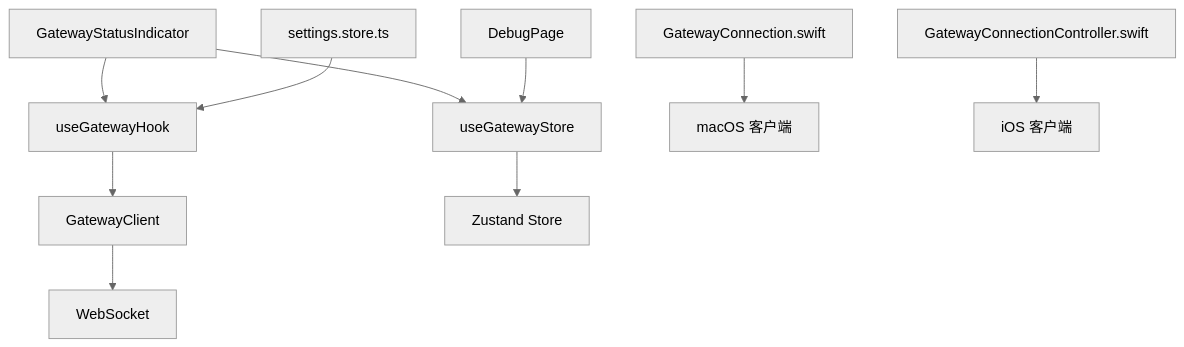
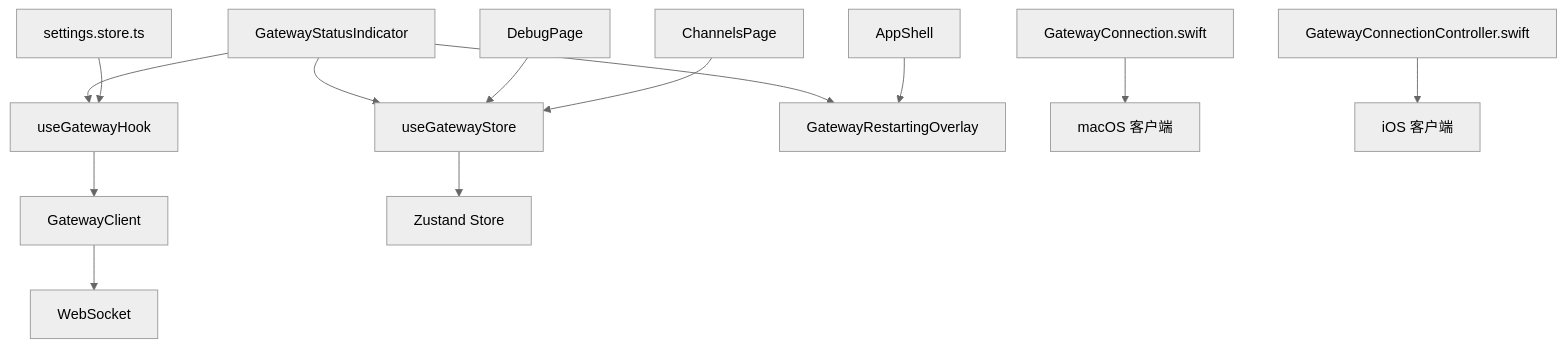
One commit to verse-ai-org/openclaw changed the seventh of 8 diagrams in .qoder/repowiki/zh/content/Web界面/UI组件系统/网关状态指示器.md. Above: the diagram before and after it, drawn with Mermaid (neutral theme). The commit also changed other lines of this file and 19 other files, not shown here.

````diff
--- a/.qoder/repowiki/zh/content/Web界面/UI组件系统/网关状态指示器.md
+++ b/.qoder/repowiki/zh/content/Web界面/UI组件系统/网关状态指示器.md
@@ -261,12 +332,15 @@
 ```mermaid
 graph TD
 A[GatewayStatusIndicator] --> B[useGatewayStore]
 A --> C[useGatewayHook]
-C --> D[GatewayClient]
-D --> E[WebSocket]
-B --> F[Zustand Store]
-G[settings.store.ts] --> C
-H[DebugPage] --> B
-I[GatewayConnection.swift] --> J[macOS 客户端]
-K[GatewayConnectionController.swift] --> L[iOS 客户端]
+A --> D[GatewayRestartingOverlay]
+C --> E[GatewayClient]
+E --> F[WebSocket]
+B --> G[Zustand Store]
+H[settings.store.ts] --> C
+I[DebugPage] --> B
+J[GatewayConnection.swift] --> K[macOS 客户端]
+L[GatewayConnectionController.swift] --> M[iOS 客户端]
+N[AppShell] --> D
+O[ChannelsPage] --> B
 ```
````
